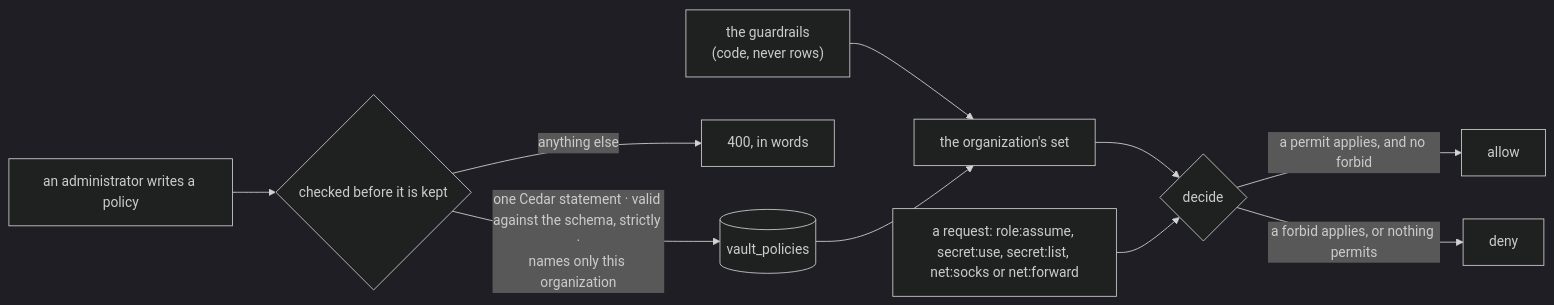
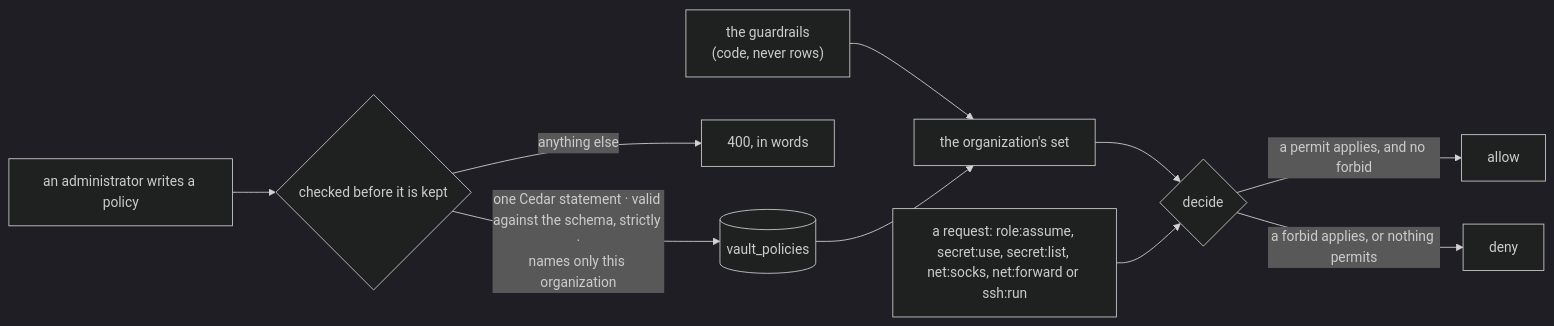
One commit to gjovanov/roomler-ai changed the second of 28 diagrams in docs/vault.md. Above: the diagram before and after it, drawn with Mermaid (dark theme). The commit also changed other lines of this file and 37 other files, not shown here.

````diff
--- a/docs/vault.md
+++ b/docs/vault.md
@@ -251,12 +255,12 @@
 ```mermaid
 flowchart LR
     W["an administrator writes a policy"] --> C{"checked before it is kept"}
     C -->|"one Cedar statement · valid against the schema, strictly ·<br/>names only this organization"| S[("vault_policies")]
     C -->|"anything else"| R["400, in words"]
     G["the guardrails<br/>(code, never rows)"] --> SET["the organization's set"]
     S --> SET
     SET --> D{"decide"}
-    Q["a request: role:assume, secret:use, secret:list, net:socks or net:forward"] --> D
+    Q["a request: role:assume, secret:use, secret:list, net:socks, net:forward or ssh:run"] --> D
     D -->|"a permit applies, and no forbid"| A["allow"]
     D -->|"a forbid applies, or nothing permits"| N["deny"]
 ```
````
